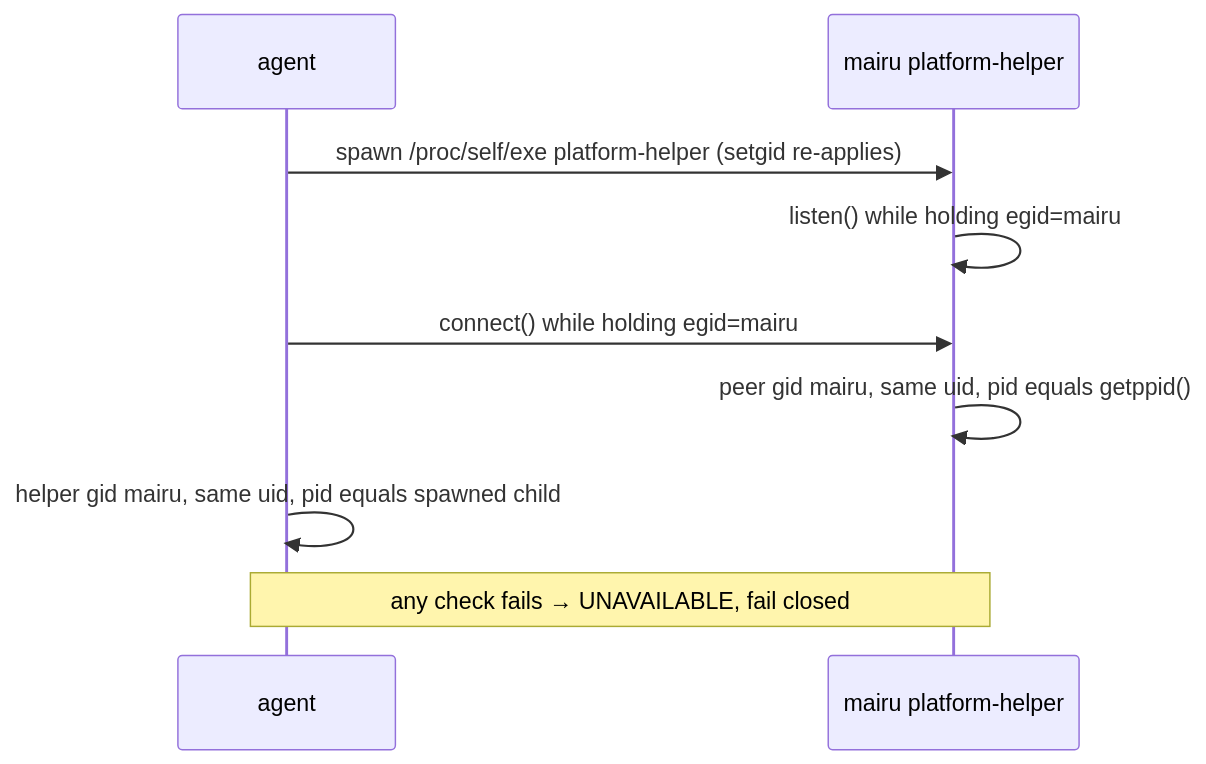
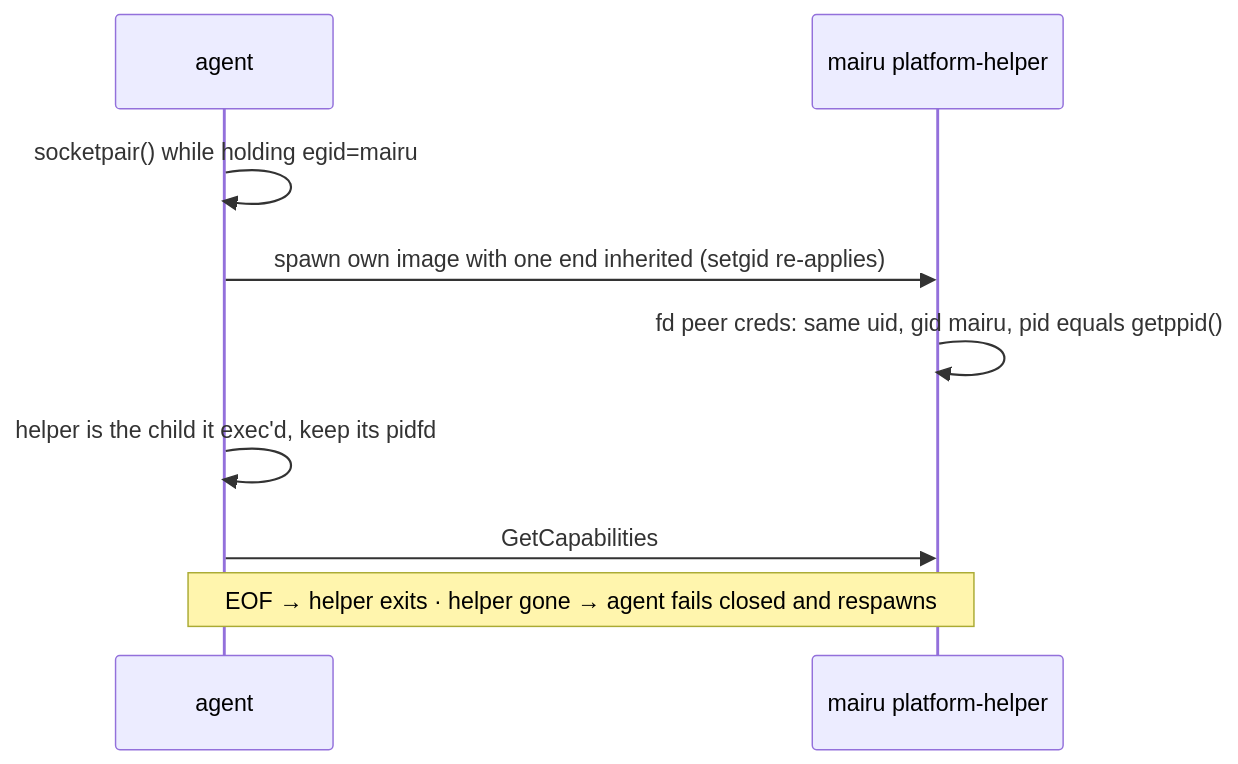
Before and after one commit to sorah/mairu: the second of 5 diagrams in docs/specs/platform-helper.md, drawn with Mermaid. The commit also changed other lines of this file and 2 other files, not shown here.

First line of the commit message:
docs/specs: always run platform services in the helper

````diff
--- a/docs/specs/platform-helper.md
+++ b/docs/specs/platform-helper.md
@@ -242,11 +282,11 @@
 ```mermaid
 sequenceDiagram
   participant A as agent
   participant H as mairu platform-helper
-  A->>H: spawn /proc/self/exe platform-helper (setgid re-applies)
-  H->>H: listen() while holding egid=mairu
-  A->>H: connect() while holding egid=mairu
-  H->>H: peer gid mairu, same uid, pid equals getppid()
-  A->>A: helper gid mairu, same uid, pid equals spawned child
-  Note over A,H: any check fails → UNAVAILABLE, fail closed
+  A->>A: socketpair() while holding egid=mairu
+  A->>H: spawn own image with one end inherited (setgid re-applies)
+  H->>H: fd peer creds: same uid, gid mairu, pid equals getppid()
+  A->>A: helper is the child it exec'd, keep its pidfd
+  A->>H: GetCapabilities
+  Note over A,H: EOF → helper exits · helper gone → agent fails closed and respawns
 ```
````
